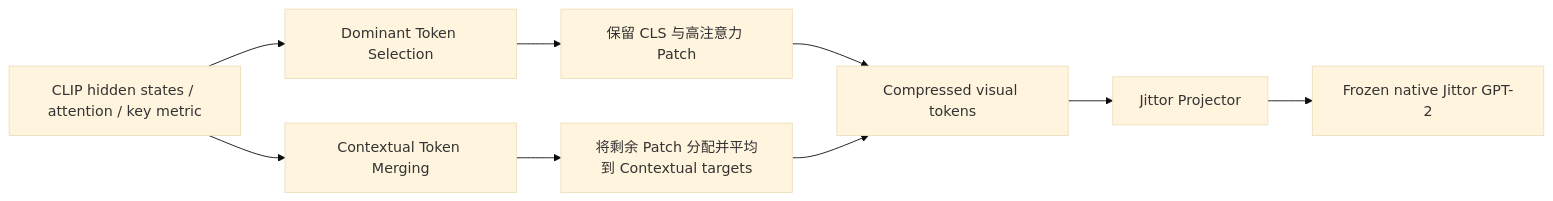
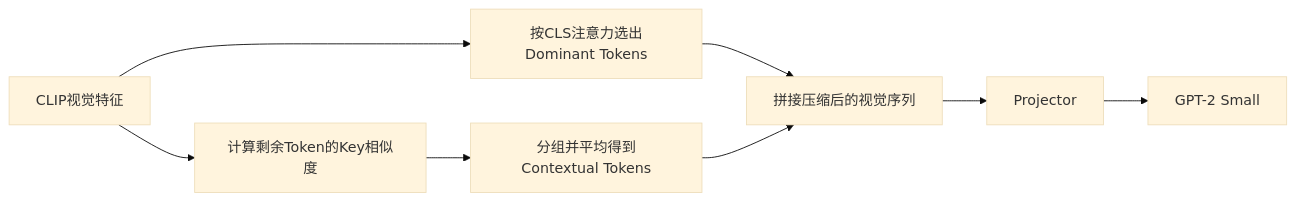
Before and after one commit to thermosship/VisionZip-Jittor: the diagram in README.md, drawn with Mermaid (base theme). The commit also changed other lines of this file and 1 other file, not shown here.

````diff
--- a/README.md
+++ b/README.md
@@ -68,11 +37,10 @@
 ```mermaid
 graph LR
-    A["CLIP hidden states / attention / key metric"] --> B["Dominant Token Selection"]
-    B --> C["保留 CLS 与高注意力 Patch"]
-    A --> D["Contextual Token Merging"]
-    D --> E["将剩余 Patch 分配并平均到 Contextual targets"]
-    C --> F["Compressed visual tokens"]
-    E --> F
-    F --> G["Jittor Projector"]
-    G --> H["Frozen native Jittor GPT-2"]
+    A["CLIP视觉特征"] --> B["按CLS注意力选出Dominant Tokens"]
+    A --> C["计算剩余Token的Key相似度"]
+    C --> D["分组并平均得到Contextual Tokens"]
+    B --> E["拼接压缩后的视觉序列"]
+    D --> E
+    E --> F["Projector"]
+    F --> G["GPT-2 Small"]
 ```
````
